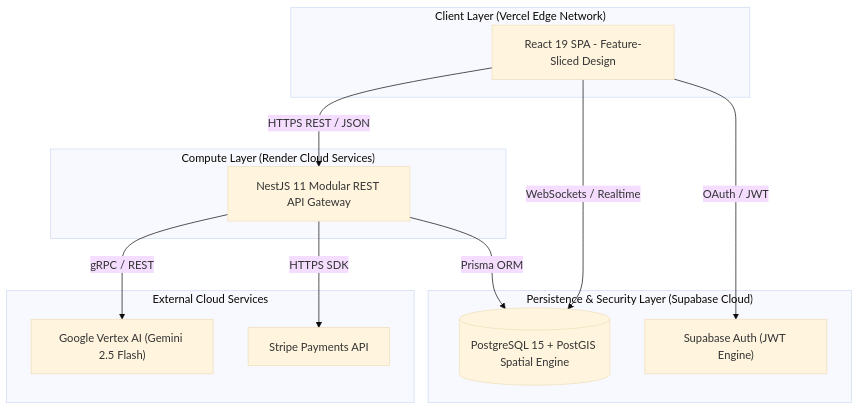
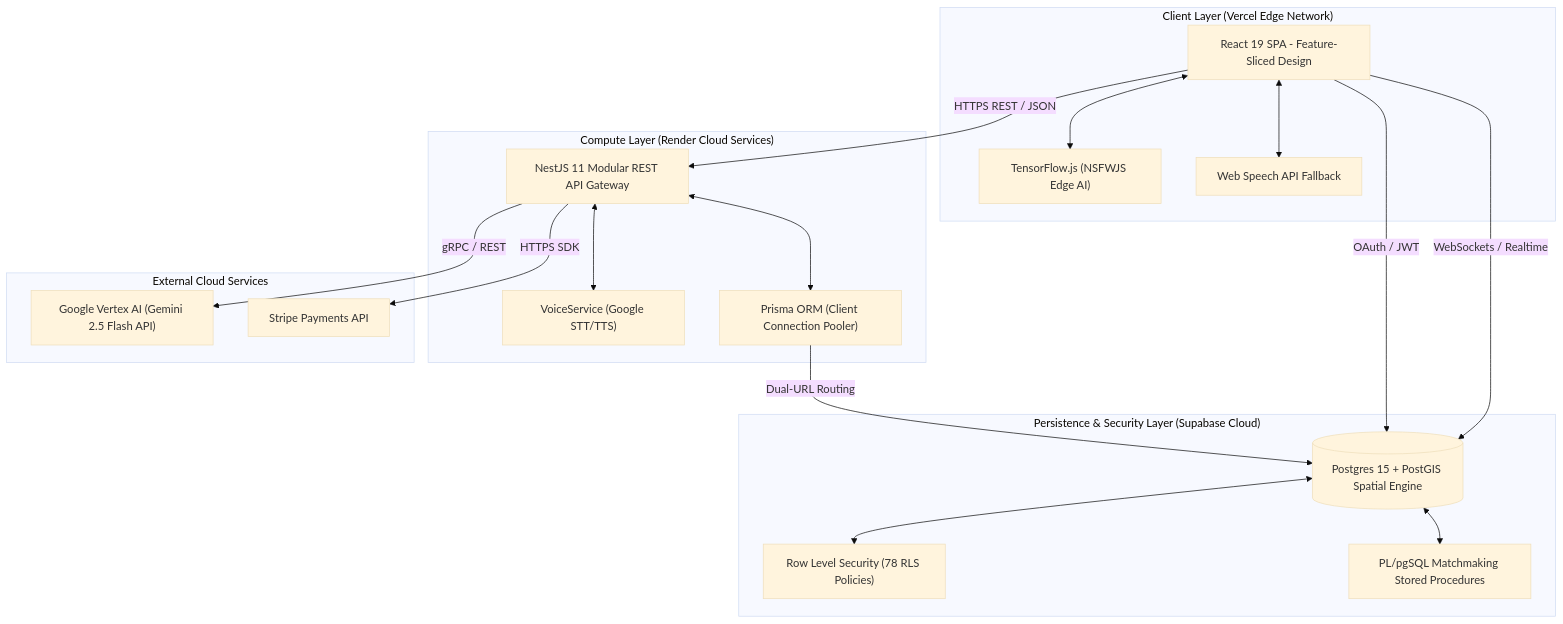
One commit to jojiz29/sportmatch-connect changed the second of 2 diagrams in ENTREGABLE/2. Paper Edwin/1_PAPER_CIENTIFICO_IEEE_EN.md. Above: the diagram before and after it, drawn with Mermaid (base theme). The commit also changed other lines of this file and 21 other files, not shown here.

````diff
--- a/ENTREGABLE/2. Paper Edwin/1_PAPER_CIENTIFICO_IEEE_EN.md
+++ b/ENTREGABLE/2. Paper Edwin/1_PAPER_CIENTIFICO_IEEE_EN.md
@@ -71,23 +92,34 @@
 ```mermaid
 graph TB
     subgraph "Client Layer (Vercel Edge Network)"
         SPA["React 19 SPA - Feature-Sliced Design"]
+        NSFW["TensorFlow.js (NSFWJS Edge AI)"]
+        SpeechFront["Web Speech API Fallback"]
+        SPA <--> NSFW
+        SPA <--> SpeechFront
     end
     subgraph "Compute Layer (Render Cloud Services)"
         API["NestJS 11 Modular REST API Gateway"]
+        Voice["VoiceService (Google STT/TTS)"]
+        Prisma["Prisma ORM (Client Connection Pooler)"]
+        API <--> Voice
+        API <--> Prisma
     end
     subgraph "Persistence & Security Layer (Supabase Cloud)"
-        DB[("PostgreSQL 15 + PostGIS Spatial Engine")]
-        AUTH["Supabase Auth (JWT Engine)"]
+        DB[("Postgres 15 + PostGIS Spatial Engine")]
+        RLS["Row Level Security (78 RLS Policies)"]
+        RPC["PL/pgSQL Matchmaking Stored Procedures"]
+        DB <--> RLS
+        DB <--> RPC
     end
     subgraph "External Cloud Services"
-        AI["Google Vertex AI (Gemini 2.5 Flash)"]
+        AI["Google Vertex AI (Gemini 2.5 Flash API)"]
         PAY["Stripe Payments API"]
     end
     SPA -->|HTTPS REST / JSON| API
     SPA -->|WebSockets / Realtime| DB
-    SPA -->|OAuth / JWT| AUTH
-    API -->|Prisma ORM| DB
+    SPA -->|OAuth / JWT| DB
     API -->|gRPC / REST| AI
     API -->|HTTPS SDK| PAY
+    Prisma -->|Dual-URL Routing| DB
 ```
````
